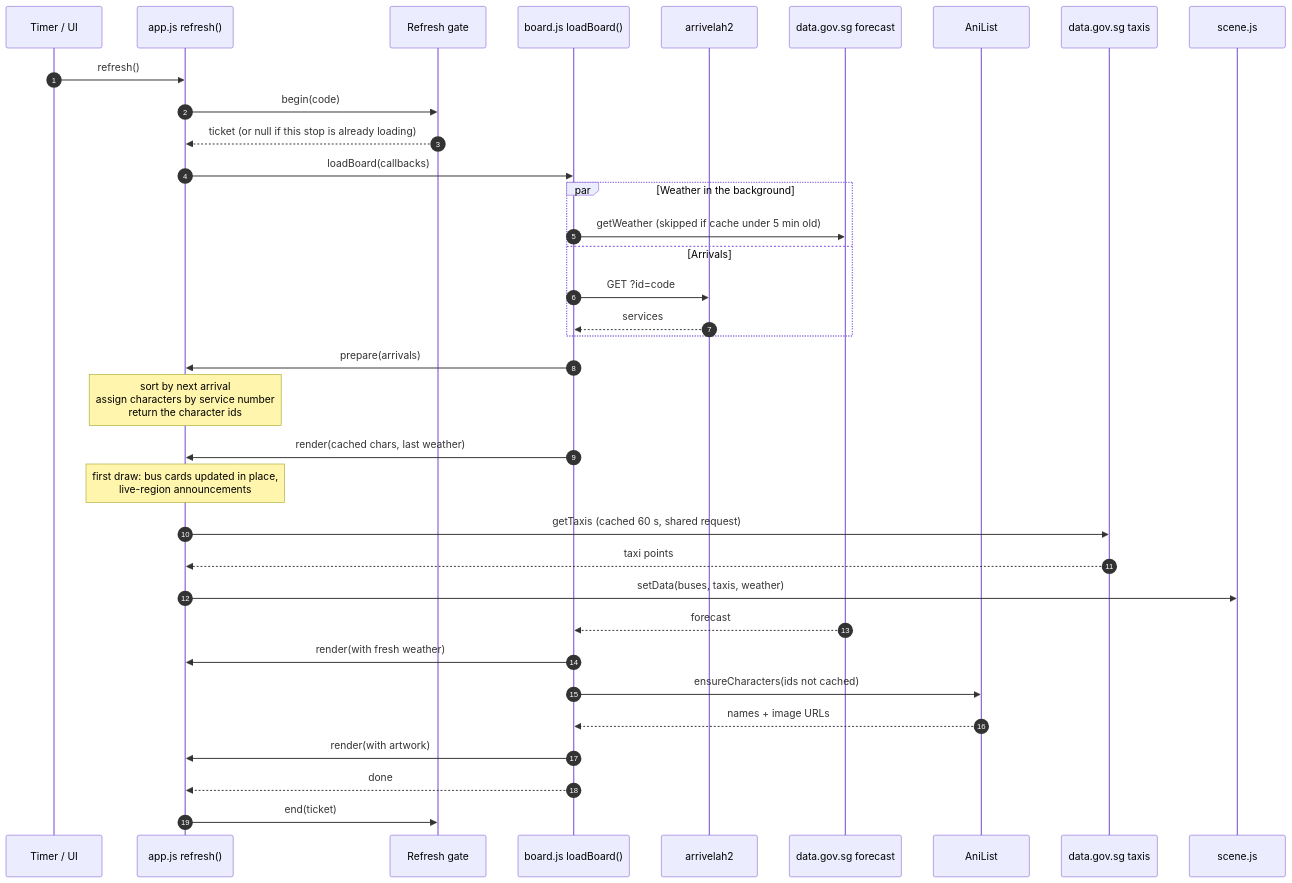
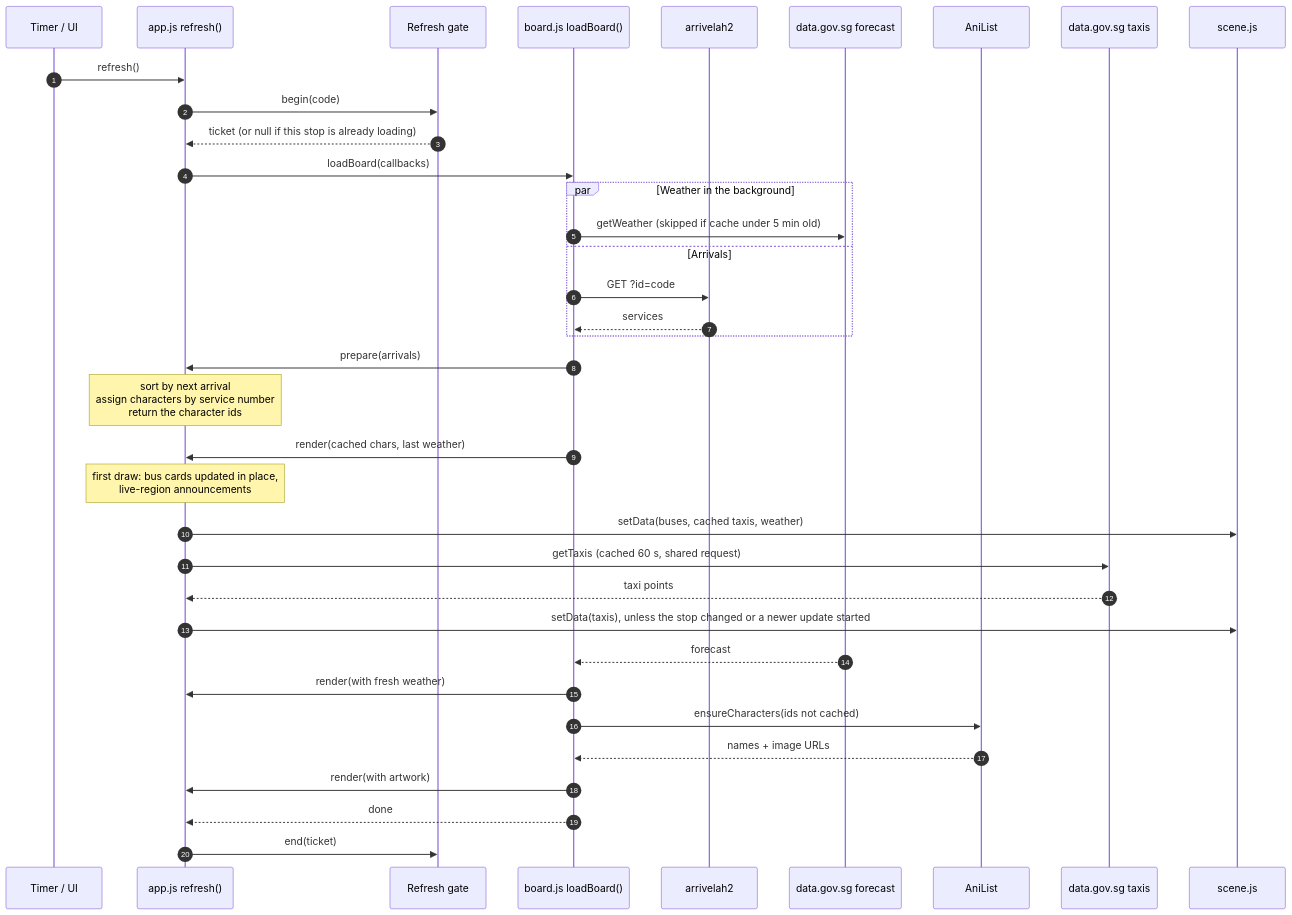
One commit to bguiz/bus-stop-companion changed the fifth of 13 diagrams in ARCH.md. Above: the diagram before and after it, drawn with Mermaid. The commit also changed other lines of this file and 1 other file, not shown here.

````diff
--- a/ARCH.md
+++ b/ARCH.md
@@ -146,38 +150,39 @@
 ```mermaid
 sequenceDiagram
   autonumber
   participant T as Timer / UI
   participant A as app.js refresh()
   participant G as Refresh gate
   participant B as board.js loadBoard()
   participant AR as arrivelah2
   participant W as data.gov.sg forecast
   participant AL as AniList
   participant TX as data.gov.sg taxis
   participant S as scene.js
 
   T->>A: refresh()
   A->>G: begin(code)
   G-->>A: ticket (or null if this stop is already loading)
   A->>B: loadBoard(callbacks)
   par Weather in the background
     B->>W: getWeather (skipped if cache under 5 min old)
   and Arrivals
     B->>AR: GET ?id=code
     AR-->>B: services
   end
   B->>A: prepare(arrivals)
   Note over A: sort by next arrival<br/>assign characters by service number<br/>return the character ids
   B->>A: render(cached chars, last weather)
   Note over A: first draw: bus cards updated in place,<br/>live-region announcements
+  A->>S: setData(buses, cached taxis, weather)
   A->>TX: getTaxis (cached 60 s, shared request)
   TX-->>A: taxi points
-  A->>S: setData(buses, taxis, weather)
+  A->>S: setData(taxis), unless the stop changed or a newer update started
   W-->>B: forecast
   B->>A: render(with fresh weather)
   B->>AL: ensureCharacters(ids not cached)
   AL-->>B: names + image URLs
   B->>A: render(with artwork)
   B-->>A: done
   A->>G: end(ticket)
 ```
````
